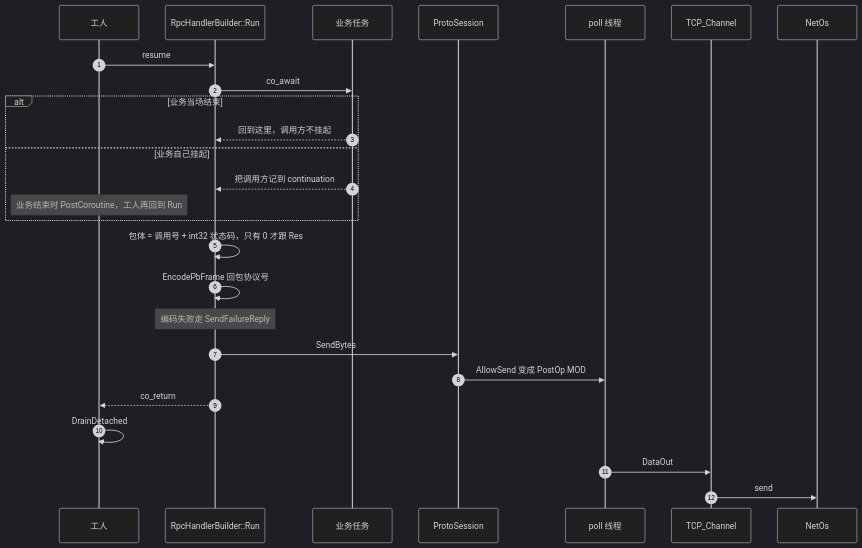
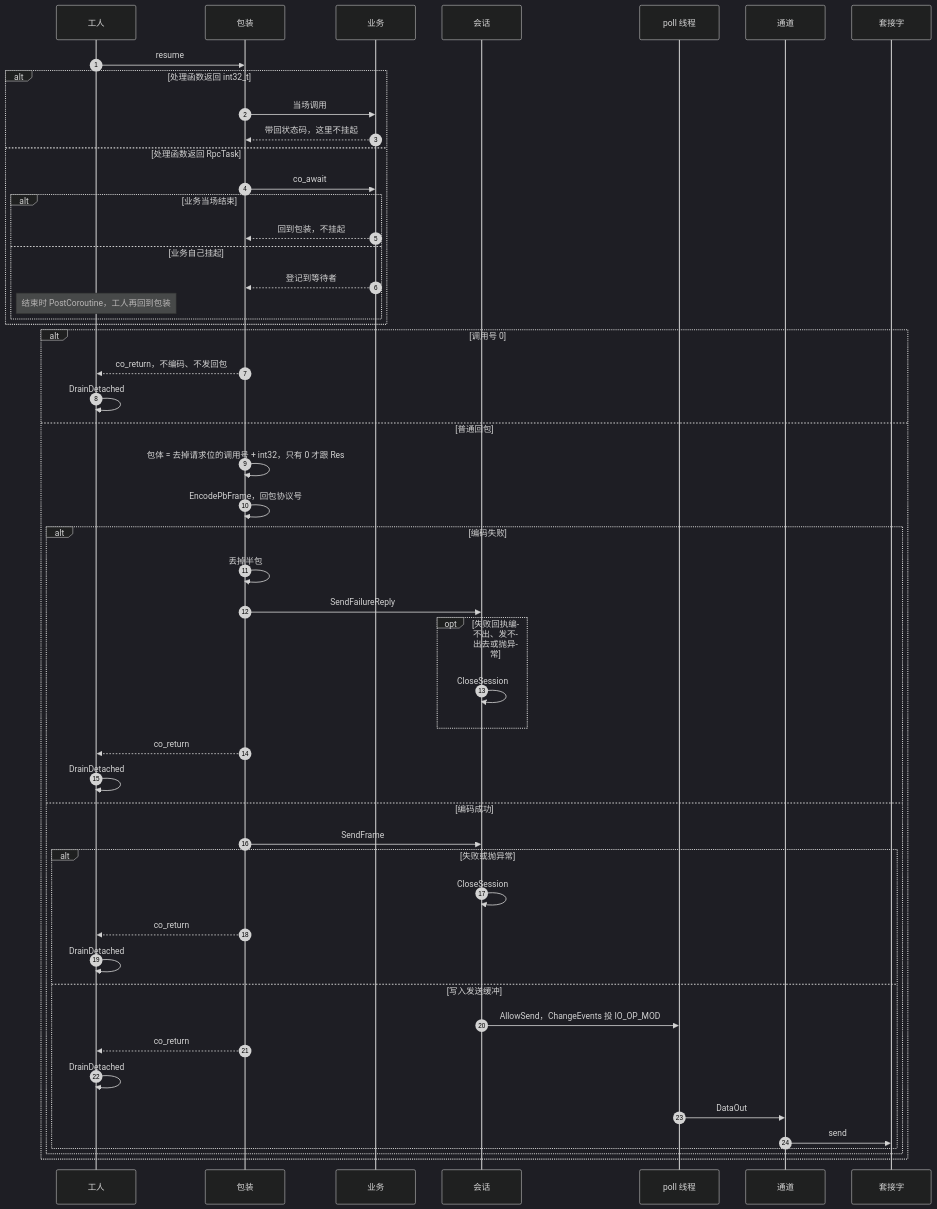
Before and after one commit to orikiaru/openidea: the diagram in docs/sequence-diagram/multi-thread/reply.md, drawn with Mermaid (dark theme). The commit also changed other lines of this file and 39 other files, not shown here.

Commit message:
非正 RPC 超时打错误日志后按 30 秒等待，避免调用一直挂着。时序图按当前收发和新增路径重写，并记下 11 月 22 日的全量结果。

````diff
--- a/docs/sequence-diagram/multi-thread/reply.md
+++ b/docs/sequence-diagram/multi-thread/reply.md
@@ -7,29 +9,54 @@
 ```mermaid
 sequenceDiagram
     autonumber
     participant Worker as 工人
-    participant Run as RpcHandlerBuilder::Run
-    participant Biz as 业务任务
-    participant Sess as ProtoSession
+    participant Run as 包装
+    participant Biz as 业务
+    participant Sess as 会话
     participant Poll as poll 线程
-    participant Tcp as TCP_Channel
-    participant Os as NetOs
+    participant Tcp as 通道
+    participant Os as 套接字
 
     Worker->>Run: resume
-    Run->>Biz: co_await
-    alt 业务当场结束
-        Biz-->>Run: 回到这里，调用方不挂起
-    else 业务自己挂起
-        Biz-->>Run: 把调用方记到 continuation
-        Note over Worker: 业务结束时 PostCoroutine，工人再回到 Run
+    alt 处理函数返回 int32_t
+        Run->>Biz: 当场调用
+        Biz-->>Run: 带回状态码，这里不挂起
+    else 处理函数返回 RpcTask
+        Run->>Biz: co_await
+        alt 业务当场结束
+            Biz-->>Run: 回到包装，不挂起
+        else 业务自己挂起
+            Biz-->>Run: 登记到等待者
+            Note over Worker: 结束时 PostCoroutine，工人再回到包装
+        end
     end
-    Run->>Run: 包体 = 调用号 + int32 状态码，只有 0 才跟 Res
-    Run->>Run: EncodePbFrame 回包协议号
-    Note over Run: 编码失败走 SendFailureReply
-    Run->>Sess: SendBytes
-    Sess->>Poll: AllowSend 变成 PostOp MOD
-    Run-->>Worker: co_return
-    Worker->>Worker: DrainDetached
-    Poll->>Tcp: DataOut
-    Tcp->>Os: send
+    alt 调用号 0
+        Run-->>Worker: co_return，不编码、不发回包
+        Worker->>Worker: DrainDetached
+    else 普通回包
+        Run->>Run: 包体 = 去掉请求位的调用号 + int32，只有 0 才跟 Res
+        Run->>Run: EncodePbFrame，回包协议号
+        alt 编码失败
+            Run->>Run: 丢掉半包
+            Run->>Sess: SendFailureReply
+            opt 失败回执编不出、发不出去或抛异常
+                Sess->>Sess: CloseSession
+            end
+            Run-->>Worker: co_return
+            Worker->>Worker: DrainDetached
+        else 编码成功
+            Run->>Sess: SendFrame
+            alt 失败或抛异常
+                Sess->>Sess: CloseSession
+                Run-->>Worker: co_return
+                Worker->>Worker: DrainDetached
+            else 写入发送缓冲
+                Sess->>Poll: AllowSend，ChangeEvents 投 IO_OP_MOD
+                Run-->>Worker: co_return
+                Worker->>Worker: DrainDetached
+                Poll->>Tcp: DataOut
+                Tcp->>Os: send
+            end
+        end
+    end
 ```
````
